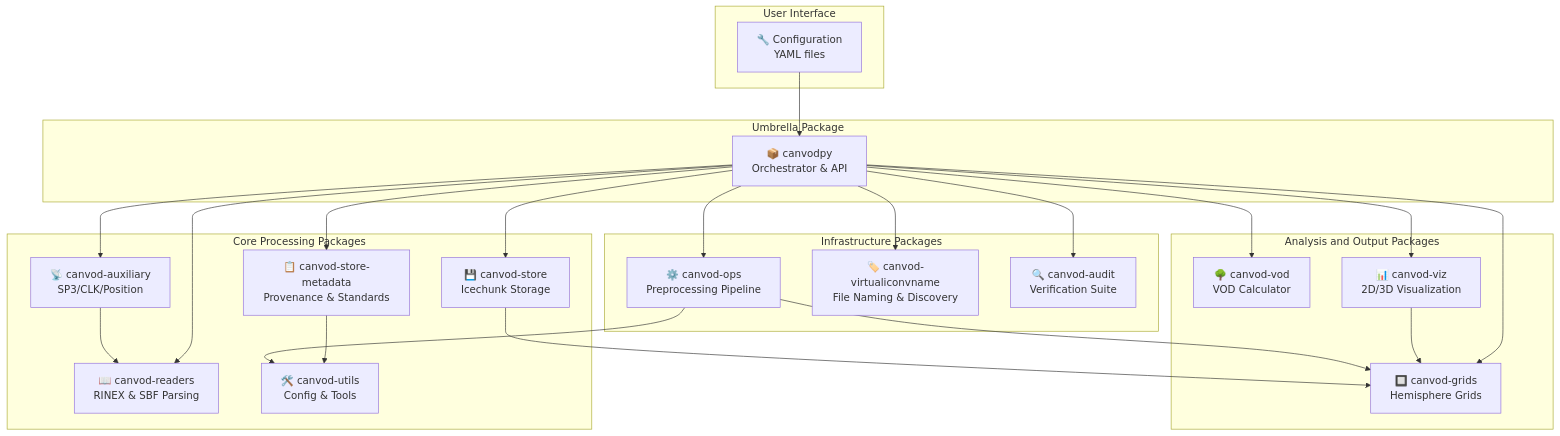
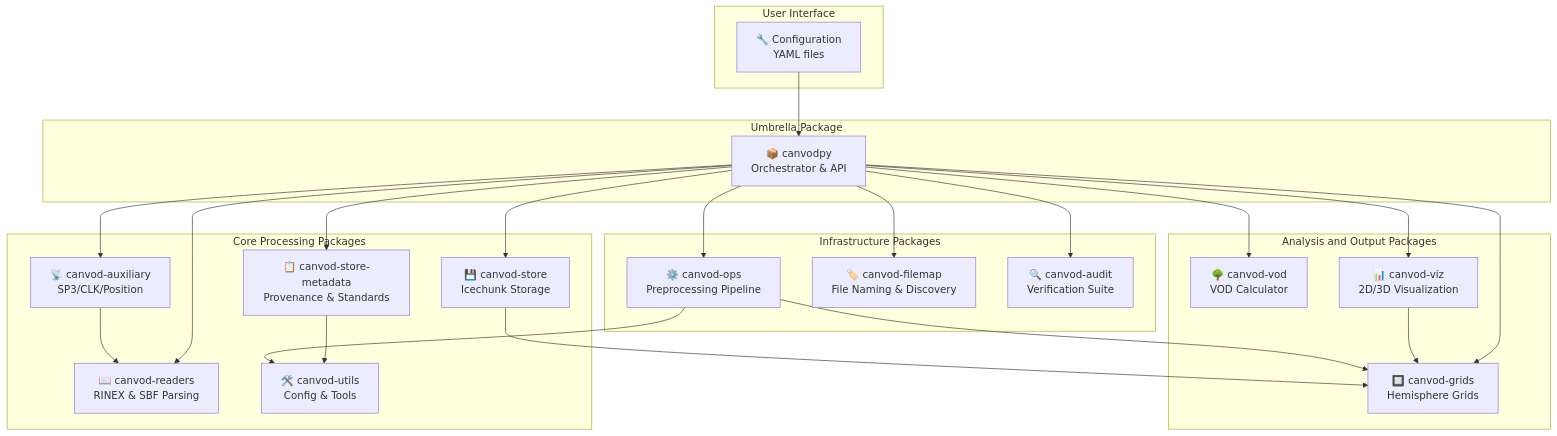
Before and after one commit to nfb2021/canvodpy: the first of 3 diagrams in README.md, drawn with Mermaid. The commit also changed other lines of this file and 55 other files, not shown here.

First line of the commit message:
refactor: rename canvod-filemap (was canvod-virtualiconvname), unify config to canvod-settings.yaml

````diff
--- a/README.md
+++ b/README.md
@@ -47,49 +47,49 @@
 ```mermaid
 graph TB
     subgraph UI[User Interface]
         Config["🔧 Configuration<br/>YAML files"]
     end
 
     subgraph Umbrella[Umbrella Package]
         Canvodpy["📦 canvodpy<br/>Orchestrator & API"]
     end
 
     subgraph CorePkg[Core Processing Packages]
         Readers["📖 canvod-readers<br/>RINEX & SBF Parsing"]
         Aux["📡 canvod-auxiliary<br/>SP3/CLK/Position"]
         Store["💾 canvod-store<br/>Icechunk Storage"]
         StoreMeta["📋 canvod-store-metadata<br/>Provenance & Standards"]
         Utils["🛠️ canvod-utils<br/>Config & Tools"]
     end
 
     subgraph AnalysisPkg[Analysis and Output Packages]
         VOD["🌳 canvod-vod<br/>VOD Calculator"]
         Grids["🔲 canvod-grids<br/>Hemisphere Grids"]
         Viz["📊 canvod-viz<br/>2D/3D Visualization"]
     end
 
     subgraph InfraPkg[Infrastructure Packages]
         Ops["⚙️ canvod-ops<br/>Preprocessing Pipeline"]
-        Naming["🏷️ canvod-virtualiconvname<br/>File Naming & Discovery"]
+        Naming["🏷️ canvod-filemap<br/>File Naming & Discovery"]
         Audit["🔍 canvod-audit<br/>Verification Suite"]
     end
 
     Config --> Canvodpy
     Canvodpy --> Readers
     Canvodpy --> Aux
     Canvodpy --> Store
     Canvodpy --> StoreMeta
     Canvodpy --> VOD
     Canvodpy --> Grids
     Canvodpy --> Viz
     Canvodpy --> Ops
     Canvodpy --> Naming
     Canvodpy --> Audit
 
     Aux --> Readers
     Store --> Grids
     StoreMeta --> Utils
     Viz --> Grids
     Ops --> Grids
     Ops --> Utils
 ```
````
